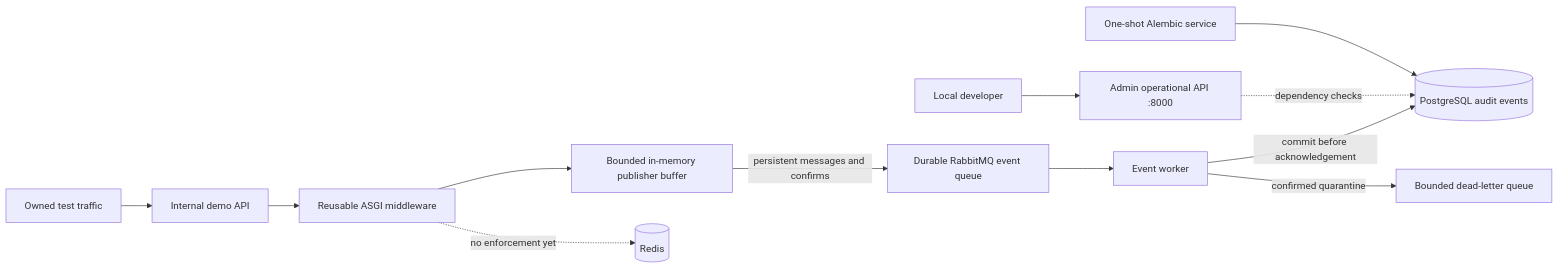
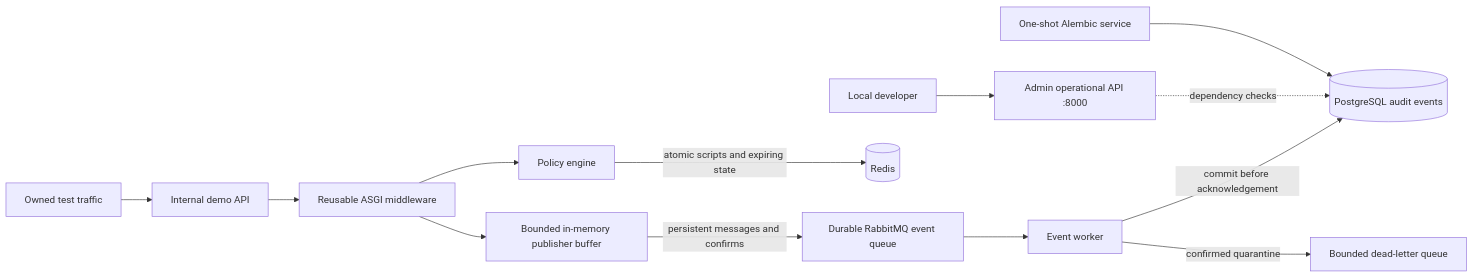
The diagram in README.md (satvikpandey21/SENTINEL-AI), drawn with Mermaid before and after one commit. The commit also changed other lines of this file and 34 other files, not shown here.

````diff
--- a/README.md
+++ b/README.md
@@ -19,14 +21,15 @@
 ```mermaid
 flowchart LR
     Local[Local developer] --> Admin[Admin operational API :8000]
     Traffic[Owned test traffic] --> Demo[Internal demo API]
     Demo --> Middleware[Reusable ASGI middleware]
+    Middleware --> Engine[Policy engine]
+    Engine -->|atomic scripts and expiring state| Redis[(Redis)]
     Middleware --> Buffer[Bounded in-memory publisher buffer]
     Buffer -->|persistent messages and confirms| MQ[Durable RabbitMQ event queue]
     MQ --> Worker[Event worker]
     Worker -->|commit before acknowledgement| PG[(PostgreSQL audit events)]
     Worker -->|confirmed quarantine| Dead[Bounded dead-letter queue]
     Admin -. dependency checks .-> PG
-    Middleware -. no enforcement yet .-> Redis[(Redis)]
     Migration[One-shot Alembic service] --> PG
 ```
````
